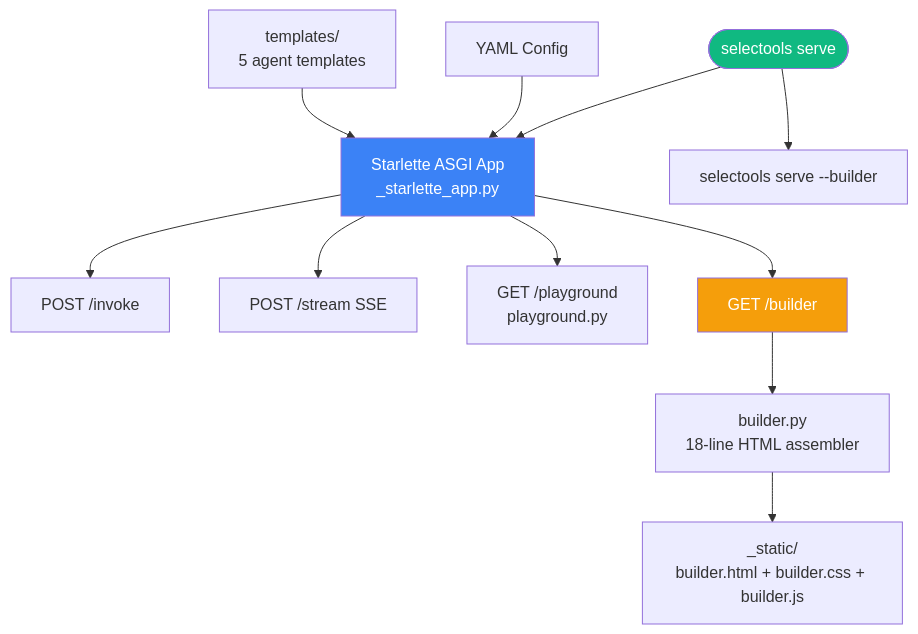
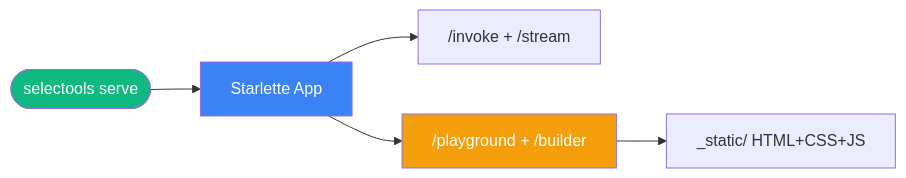
The ninth of 9 diagrams in docs/ARCHITECTURE.md (johnnichev/selectools), drawn with Mermaid before and after one commit. The commit also changed other lines of this file, not shown here.

Commit message:
fix(docs): simplify all Mermaid diagrams to max 9 nodes each

````diff
--- a/docs/ARCHITECTURE.md
+++ b/docs/ARCHITECTURE.md
@@ -928,20 +789,11 @@
 ```mermaid
-graph TD
-    CLI(["selectools serve"]) --> App["Starlette ASGI App<br/>_starlette_app.py"]
-    CLI --> Builder["selectools serve --builder"]
-
-    App --> Invoke["POST /invoke"]
-    App --> Stream["POST /stream SSE"]
-    App --> Play["GET /playground<br/>playground.py"]
-    App --> BuilderRoute["GET /builder"]
-
-    BuilderRoute --> BPy["builder.py<br/>18-line HTML assembler"]
-    BPy --> Static["_static/<br/>builder.html + builder.css + builder.js"]
-
-    YAML["YAML Config"] --> App
-    Templates["templates/<br/>5 agent templates"] --> App
+graph LR
+    CLI(["selectools serve"]) --> App["Starlette App"]
+    App --> API["/invoke + /stream"]
+    App --> UI["/playground + /builder"]
+    UI --> Static["_static/ HTML+CSS+JS"]
 
     style CLI fill:#10b981,color:#fff
     style App fill:#3b82f6,color:#fff
-    style BuilderRoute fill:#f59e0b,color:#fff
+    style UI fill:#f59e0b,color:#fff
 ```
````
